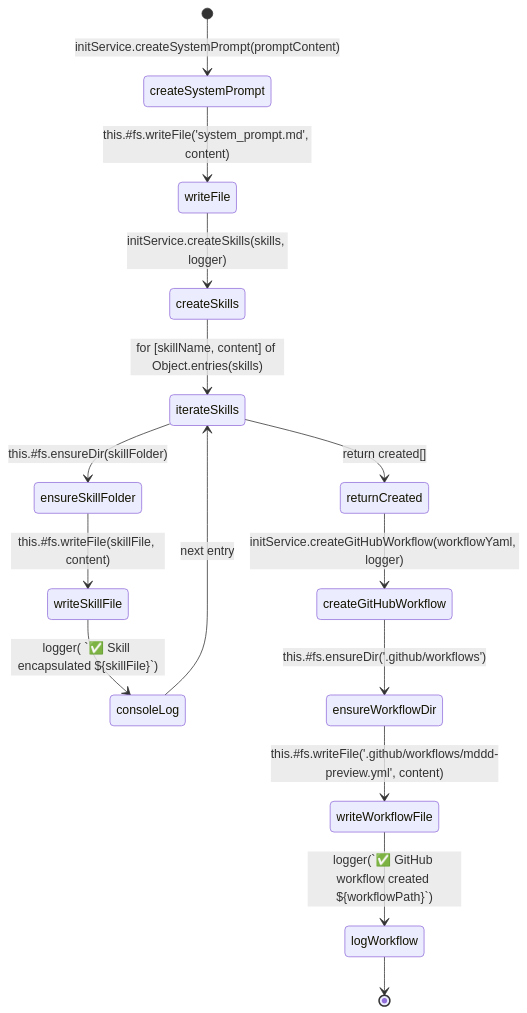
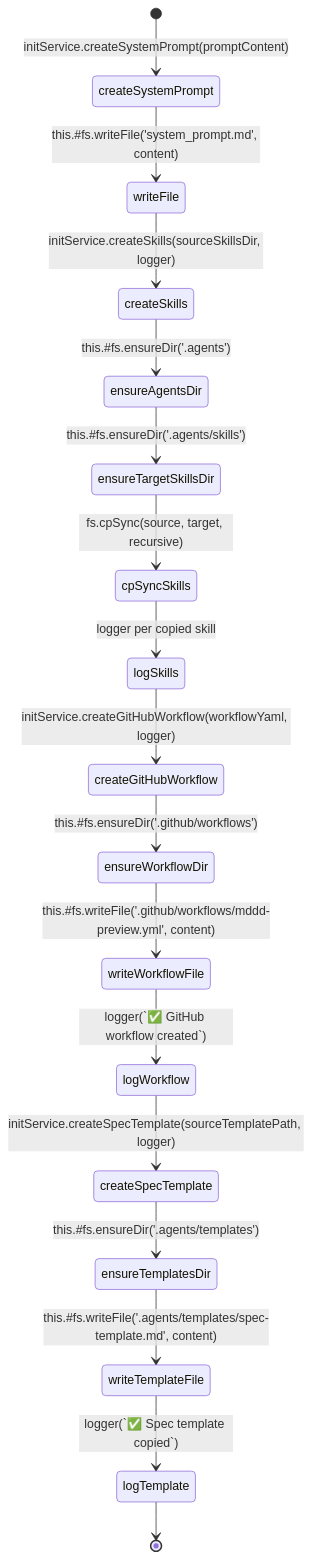
One commit to JulioCRFilho/mermaid-diagram-driven-development changed the diagram in src/services/InitService.spec.md. Above: the diagram before and after it, drawn with Mermaid. The commit also changed other lines of this file and 9 other files, not shown here.

First line of the commit message:
refactor: relocate spec-template and simplify CLI init workflow

````diff
--- a/src/services/InitService.spec.md
+++ b/src/services/InitService.spec.md
@@ -15,20 +15,23 @@
 ```mermaid
-%% @spec-version v1.1.0
+%% @spec-version v1.2.0
 stateDiagram-v2
     [*] --> createSystemPrompt: initService.createSystemPrompt(promptContent)
     createSystemPrompt --> writeFile: this.#fs.writeFile('system_prompt.md', content)
-    writeFile --> createSkills: initService.createSkills(skills, logger)
+    writeFile --> createSkills: initService.createSkills(sourceSkillsDir, logger)
 
-    createSkills --> iterateSkills: for [skillName, content] of Object.entries(skills)
-    iterateSkills --> ensureSkillFolder: this.#fs.ensureDir(skillFolder)
-    ensureSkillFolder --> writeSkillFile: this.#fs.writeFile(skillFile, content)
-    writeSkillFile --> consoleLog: logger( `✅ Skill encapsulated ${skillFile}`)
-    consoleLog --> iterateSkills: next entry
-    iterateSkills --> returnCreated: return created[]
-    returnCreated --> createGitHubWorkflow: initService.createGitHubWorkflow(workflowYaml, logger)
+    createSkills --> ensureAgentsDir: this.#fs.ensureDir('.agents')
+    ensureAgentsDir --> ensureTargetSkillsDir: this.#fs.ensureDir('.agents/skills')
+    ensureTargetSkillsDir --> cpSyncSkills: fs.cpSync(source, target, recursive)
+    cpSyncSkills --> logSkills: logger per copied skill
+    logSkills --> createGitHubWorkflow: initService.createGitHubWorkflow(workflowYaml, logger)
 
     createGitHubWorkflow --> ensureWorkflowDir: this.#fs.ensureDir('.github/workflows')
     ensureWorkflowDir --> writeWorkflowFile: this.#fs.writeFile('.github/workflows/mddd-preview.yml', content)
-    writeWorkflowFile --> logWorkflow: logger(`✅ GitHub workflow created ${workflowPath}`)
-    logWorkflow --> [*]
+    writeWorkflowFile --> logWorkflow: logger(`✅ GitHub workflow created`)
+    logWorkflow --> createSpecTemplate: initService.createSpecTemplate(sourceTemplatePath, logger)
+
+    createSpecTemplate --> ensureTemplatesDir: this.#fs.ensureDir('.agents/templates')
+    ensureTemplatesDir --> writeTemplateFile: this.#fs.writeFile('.agents/templates/spec-template.md', content)
+    writeTemplateFile --> logTemplate: logger(`✅ Spec template copied`)
+    logTemplate --> [*]
 ```
````
